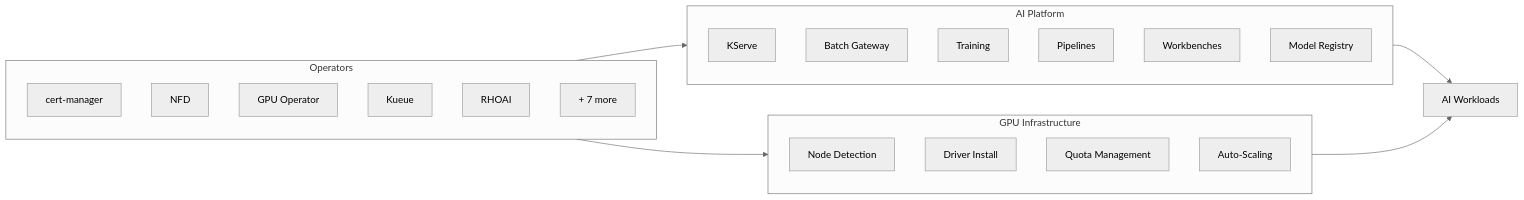
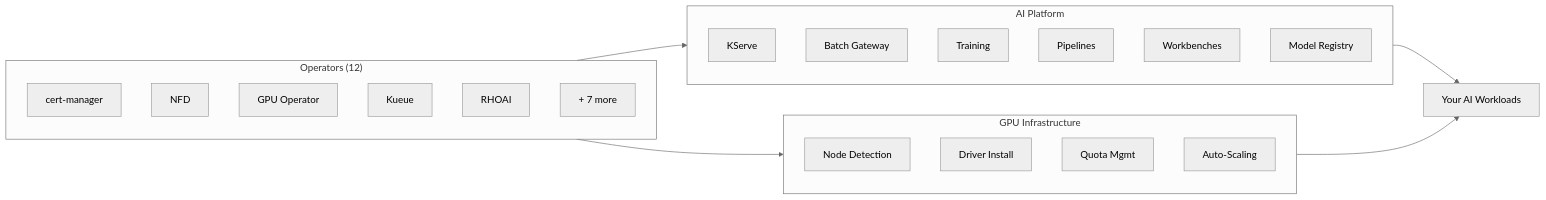
One commit to rrbanda/rhoai-deploy-gitops changed the diagram in docs/index.md. Above: the diagram before and after it, drawn with Mermaid (neutral theme). The commit also changed other lines of this file and 1 other file, not shown here.

````diff
--- a/docs/index.md
+++ b/docs/index.md
@@ -97,35 +149,35 @@
 ```mermaid
 graph LR
-  subgraph operators ["Operators"]
+  subgraph operators ["Operators (12)"]
     direction TB
     O1["cert-manager"]
     O2["NFD"]
     O3["GPU Operator"]
     O4["Kueue"]
     O5["RHOAI"]
     O6["+ 7 more"]
   end
 
   subgraph platform ["AI Platform"]
     direction TB
     P1["KServe"]
     P2["Batch Gateway"]
     P3["Training"]
     P4["Pipelines"]
     P5["Workbenches"]
     P6["Model Registry"]
   end
 
   subgraph infra ["GPU Infrastructure"]
     direction TB
     I1["Node Detection"]
     I2["Driver Install"]
-    I3["Quota Management"]
+    I3["Quota Mgmt"]
     I4["Auto-Scaling"]
   end
 
   operators --> platform
   operators --> infra
-  platform --> Workloads["AI Workloads"]
+  platform --> Workloads["Your AI Workloads"]
   infra --> Workloads
 ```
````
